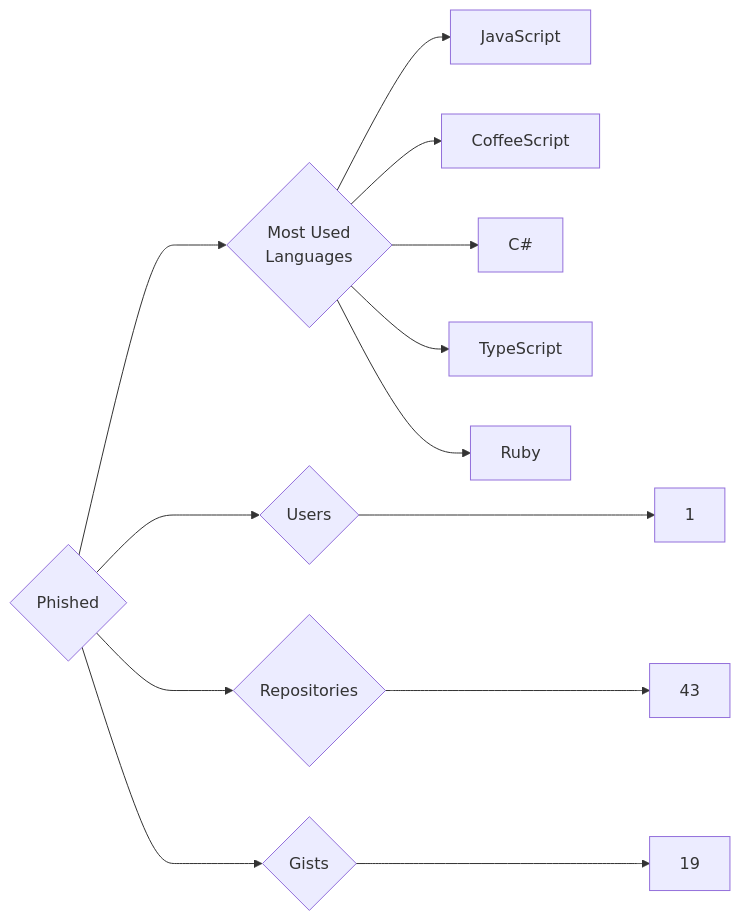
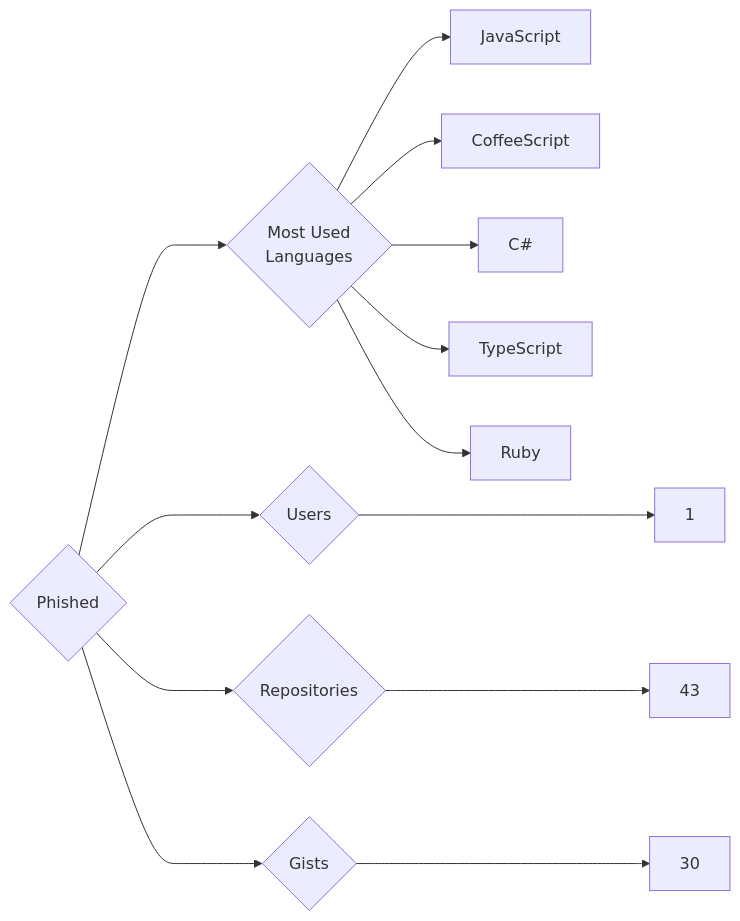
The diagram in targets/Phished/README.md (trickest/insiders), drawn with Mermaid before and after one commit. The commit also changed 794 other files, not shown here.

````diff
--- a/targets/Phished/README.md
+++ b/targets/Phished/README.md
@@ -3,13 +3,13 @@
 ```mermaid
 graph LR
 COMPANY_NAME{Phished}
 COMPANY_NAME ---> U{Users} ---> UN[1]
 COMPANY_NAME ---> R{Repositories} ---> RN[43]
-COMPANY_NAME ---> G{Gists} ---> GN[19]
+COMPANY_NAME ---> G{Gists} ---> GN[30]
 COMPANY_NAME ---> ML{Most Used<br>Languages}
 ML --> JavaScript[JavaScript]
 ML --> CoffeeScript[CoffeeScript]
 ML --> C#[C#]
 ML --> TypeScript[TypeScript]
 ML --> Ruby[Ruby]
 ```
````
